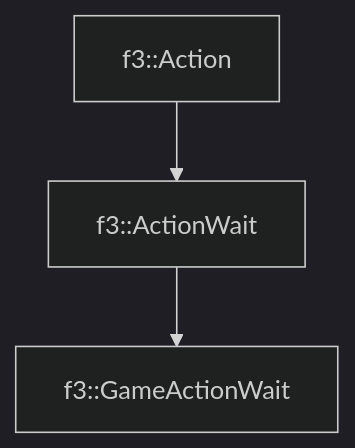
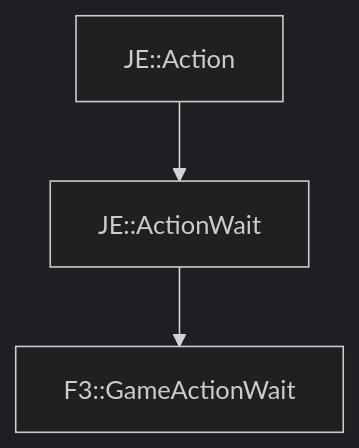
The diagram in docs/f3/GameActionWait.md (OpenJE/openvb), drawn with Mermaid (dark theme) before and after one commit. The commit also changed other lines of this file and 1399 other files, not shown here.

````diff
--- a/docs/f3/GameActionWait.md
+++ b/docs/f3/GameActionWait.md
@@ -17,5 +17,5 @@
 ```mermaid
 graph TD;
-    f3::Action --> f3::ActionWait
-    f3::ActionWait --> f3::GameActionWait
+    JE::Action --> JE::ActionWait
+    JE::ActionWait --> F3::GameActionWait
 ```
````
